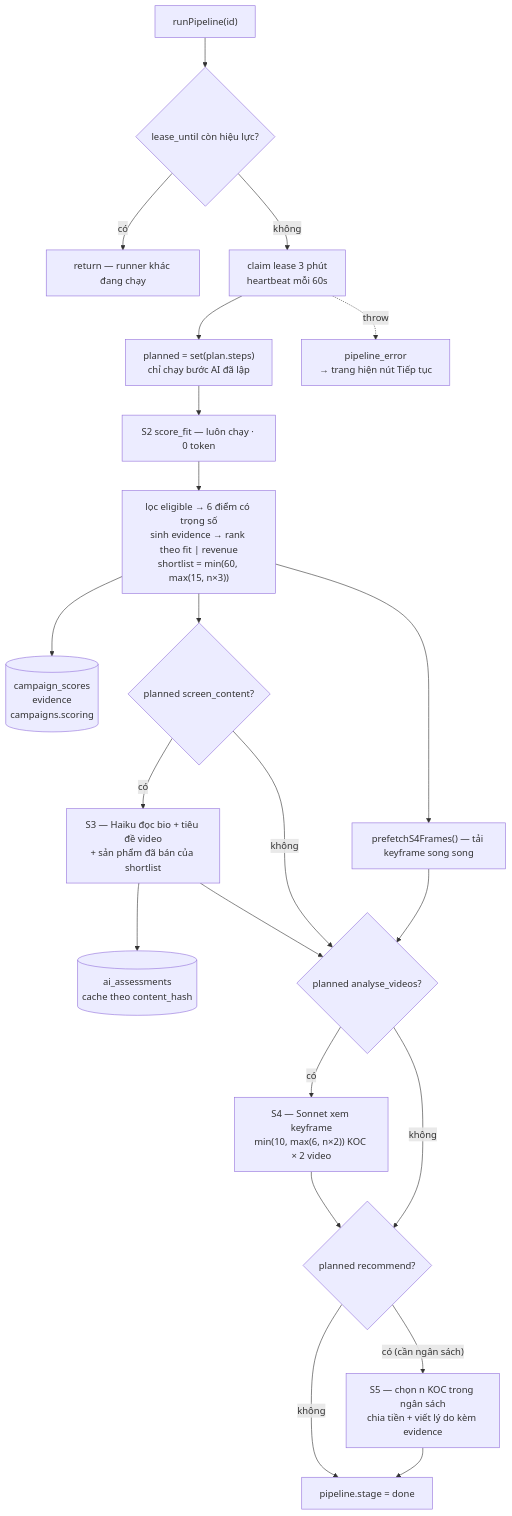
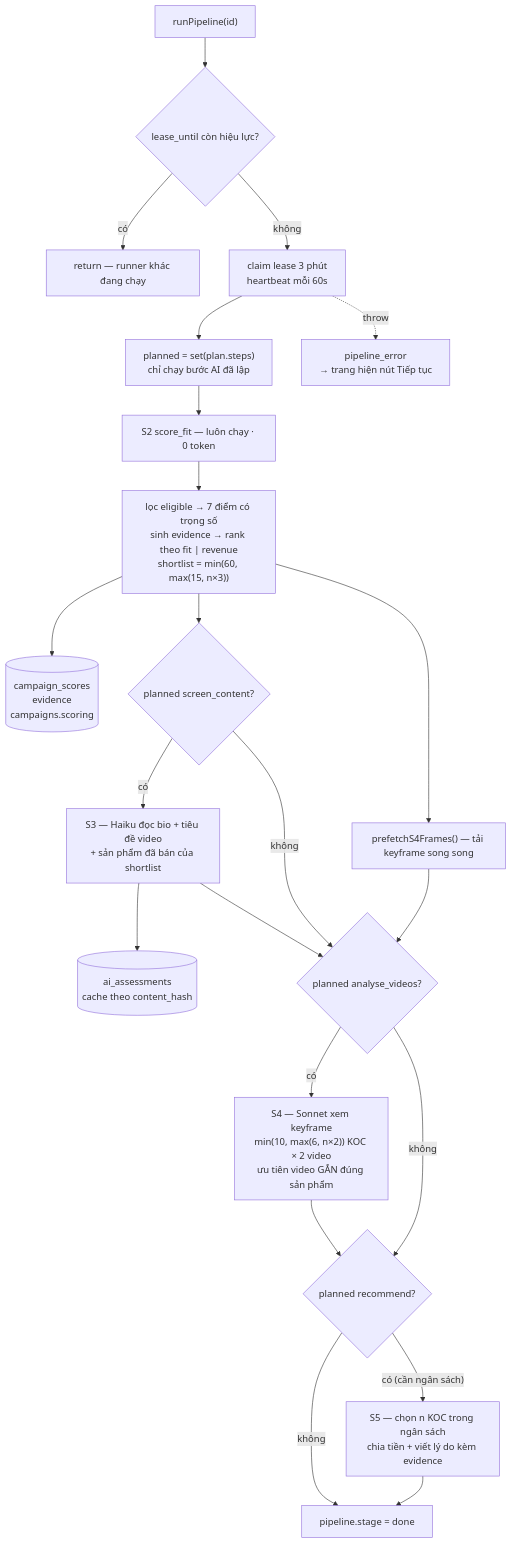
The diagram in docs/diagrams/03-pipeline.mmd (chungit201/ai-koc-discovery), drawn with Mermaid before and after one commit. The commit also changed 16 other files, not shown here.

```diff
--- a/docs/diagrams/03-pipeline.mmd
+++ b/docs/diagrams/03-pipeline.mmd
@@ -1,29 +1,29 @@
 flowchart TD
     P["runPipeline(id)"] --> P1{"lease_until còn hiệu lực?"}
     P1 -->|có| PX["return — runner khác đang chạy"]
     P1 -->|không| P2["claim lease 3 phút<br/>heartbeat mỗi 60s"]
     P2 --> P3["planned = set(plan.steps)<br/>chỉ chạy bước AI đã lập"]
 
     P3 --> S2["S2 score_fit — luôn chạy · 0 token"]
-    S2 --> S2a["lọc eligible → 6 điểm có trọng số<br/>sinh evidence → rank theo fit | revenue<br/>shortlist = min(60, max(15, n×3))"]
+    S2 --> S2a["lọc eligible → 7 điểm có trọng số<br/>sinh evidence → rank theo fit | revenue<br/>shortlist = min(60, max(15, n×3))"]
     S2a --> DB1[("campaign_scores<br/>evidence<br/>campaigns.scoring")]
 
     S2a --> F4["prefetchS4Frames() — tải keyframe song song"]
     S2a --> S3{"planned screen_content?"}
     S3 -->|có| S3a["S3 — Haiku đọc bio + tiêu đề video<br/>+ sản phẩm đã bán của shortlist"]
     S3a --> DB2[("ai_assessments<br/>cache theo content_hash")]
     S3a --> S4
     S3 -->|không| S4
     F4 --> S4
 
     S4{"planned analyse_videos?"}
-    S4 -->|có| S4a["S4 — Sonnet xem keyframe<br/>min(10, max(6, n×2)) KOC × 2 video"]
+    S4 -->|có| S4a["S4 — Sonnet xem keyframe<br/>min(10, max(6, n×2)) KOC × 2 video<br/>ưu tiên video GẮN đúng sản phẩm"]
     S4a --> S5
     S4 -->|không| S5
 
     S5{"planned recommend?"}
     S5 -->|"có (cần ngân sách)"| S5a["S5 — chọn n KOC trong ngân sách<br/>chia tiền + viết lý do kèm evidence"]
     S5 -->|không| DONE
     S5a --> DONE["pipeline.stage = done"]
 
     P2 -.->|throw| ERR["pipeline_error<br/>→ trang hiện nút Tiếp tục"]
```
